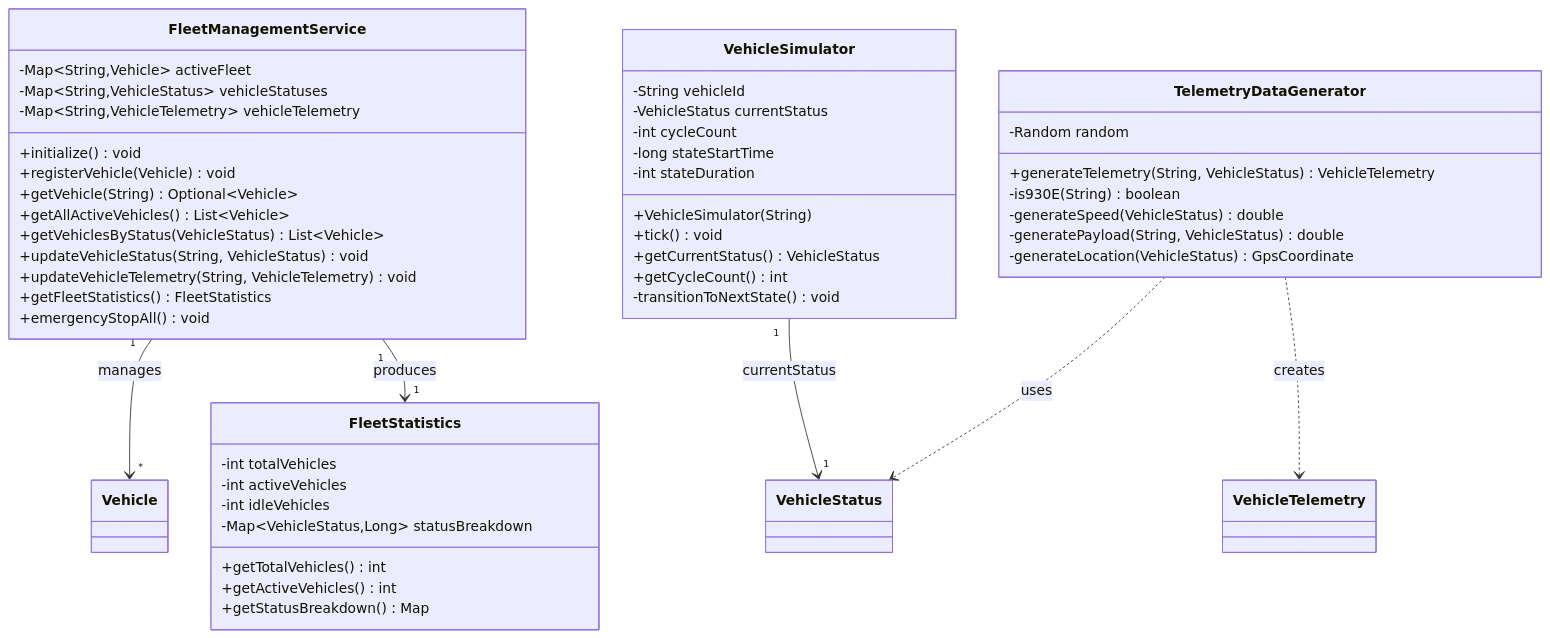
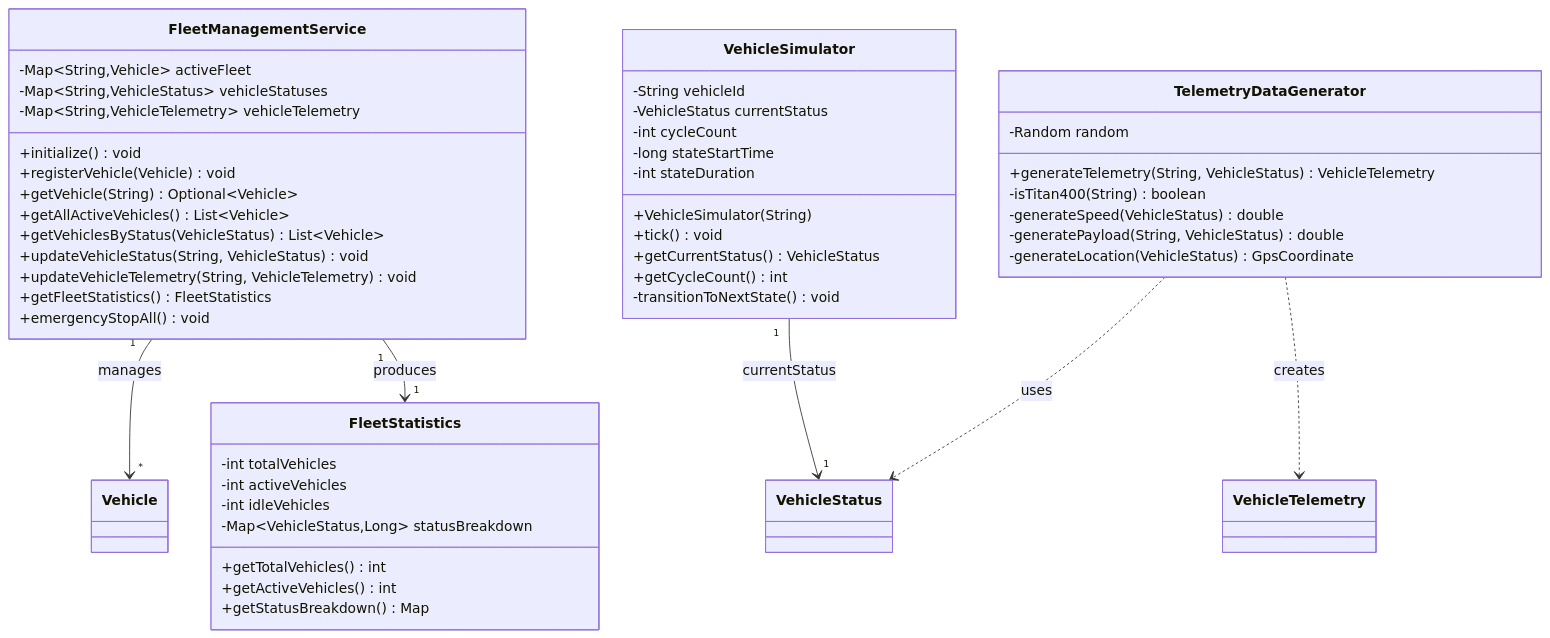
The seventh of 18 diagrams in DIAGRAMS.md (Shallako/ShuzAHS), drawn with Mermaid before and after one commit. The commit also changed other lines of this file and 33 other files, not shown here.

````diff
--- a/DIAGRAMS.md
+++ b/DIAGRAMS.md
@@ -416,55 +416,55 @@
 ```mermaid
 classDiagram
     class FleetManagementService {
         -Map~String,Vehicle~ activeFleet
         -Map~String,VehicleStatus~ vehicleStatuses
         -Map~String,VehicleTelemetry~ vehicleTelemetry
         +initialize() void
         +registerVehicle(Vehicle) void
         +getVehicle(String) Optional~Vehicle~
         +getAllActiveVehicles() List~Vehicle~
         +getVehiclesByStatus(VehicleStatus) List~Vehicle~
         +updateVehicleStatus(String, VehicleStatus) void
         +updateVehicleTelemetry(String, VehicleTelemetry) void
         +getFleetStatistics() FleetStatistics
         +emergencyStopAll() void
     }
     
     class FleetStatistics {
         -int totalVehicles
         -int activeVehicles
         -int idleVehicles
         -Map~VehicleStatus,Long~ statusBreakdown
         +getTotalVehicles() int
         +getActiveVehicles() int
         +getStatusBreakdown() Map
     }
     
     class VehicleSimulator {
         -String vehicleId
         -VehicleStatus currentStatus
         -int cycleCount
         -long stateStartTime
         -int stateDuration
         +VehicleSimulator(String)
         +tick() void
         +getCurrentStatus() VehicleStatus
         +getCycleCount() int
         -transitionToNextState() void
     }
     
     class TelemetryDataGenerator {
         -Random random
         +generateTelemetry(String, VehicleStatus) VehicleTelemetry
-        -is930E(String) boolean
+        -isTitan400(String) boolean
         -generateSpeed(VehicleStatus) double
         -generatePayload(String, VehicleStatus) double
         -generateLocation(VehicleStatus) GpsCoordinate
     }
     
     FleetManagementService "1" --> "*" Vehicle : manages
     FleetManagementService "1" --> "1" FleetStatistics : produces
     VehicleSimulator "1" --> "1" VehicleStatus : currentStatus
     TelemetryDataGenerator ..> VehicleTelemetry : creates
     TelemetryDataGenerator ..> VehicleStatus : uses
 ```
````
